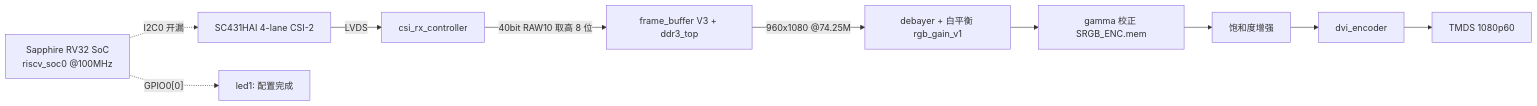
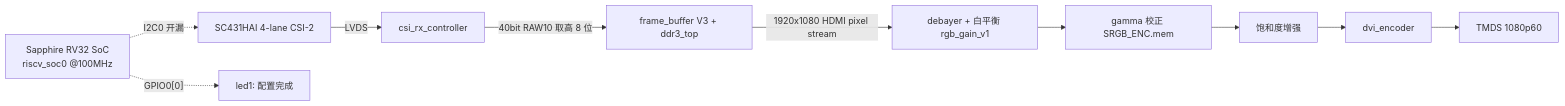
Before and after one commit to Fuwaki/fpga_2026_efinix: the diagram in README.md, drawn with Mermaid. The commit also changed other lines of this file and 21 other files, not shown here.

````diff
--- a/README.md
+++ b/README.md
@@ -14,13 +28,13 @@
 ```mermaid
 graph LR
   CAM[SC431HAI 4-lane CSI-2] -->|LVDS| CSI[csi_rx_controller]
   CSI -->|40bit RAW10 取高 8 位| FB[frame_buffer V3 + ddr3_top]
-  FB -->|960x1080 @74.25M| DB[debayer + 白平衡 rgb_gain_v1]
+  FB -->|1920x1080 HDMI pixel stream| DB[debayer + 白平衡 rgb_gain_v1]
   DB --> G[gamma 校正 SRGB_ENC.mem]
   G --> SAT[饱和度增强]
   SAT --> ENC[dvi_encoder]
   ENC --> HDMI[TMDS 1080p60]
 
   CPU[Sapphire RV32 SoC<br/>riscv_soc0 @100MHz] -.I2C0 开漏.-> CAM
   CPU -.GPIO0[0].-> LED[led1: 配置完成]
 ```
````
